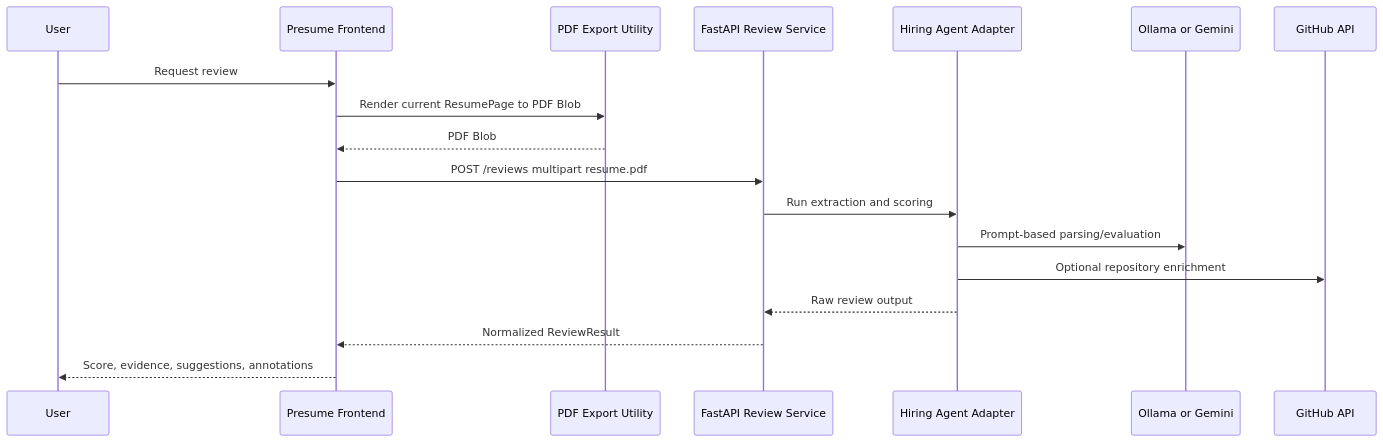
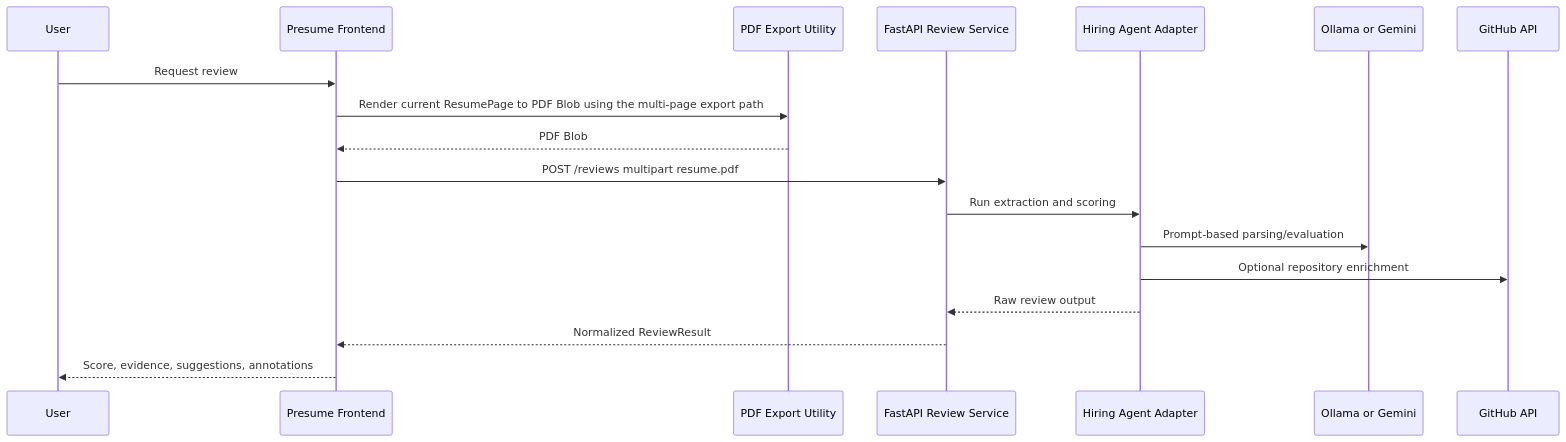
One commit to nikolaisalazar/presume changed the second of 2 diagrams in docs/ARCHITECTURE.md. Above: the diagram before and after it, drawn with Mermaid. The commit also changed other lines of this file and 5 other files, not shown here.

Commit message:
fix: export multi-page resume PDFs

````diff
--- a/docs/ARCHITECTURE.md
+++ b/docs/ARCHITECTURE.md
@@ -98,21 +104,21 @@
 ```mermaid
 sequenceDiagram
   participant User
   participant UI as Presume Frontend
   participant PDF as PDF Export Utility
   participant API as FastAPI Review Service
   participant HA as Hiring Agent Adapter
   participant LLM as Ollama or Gemini
   participant GH as GitHub API
 
   User->>UI: Request review
-  UI->>PDF: Render current ResumePage to PDF Blob
+  UI->>PDF: Render current ResumePage to PDF Blob using the multi-page export path
   PDF-->>UI: PDF Blob
   UI->>API: POST /reviews multipart resume.pdf
   API->>HA: Run extraction and scoring
   HA->>LLM: Prompt-based parsing/evaluation
   HA->>GH: Optional repository enrichment
   HA-->>API: Raw review output
   API-->>UI: Normalized ReviewResult
   UI-->>User: Score, evidence, suggestions, annotations
 ```
````
